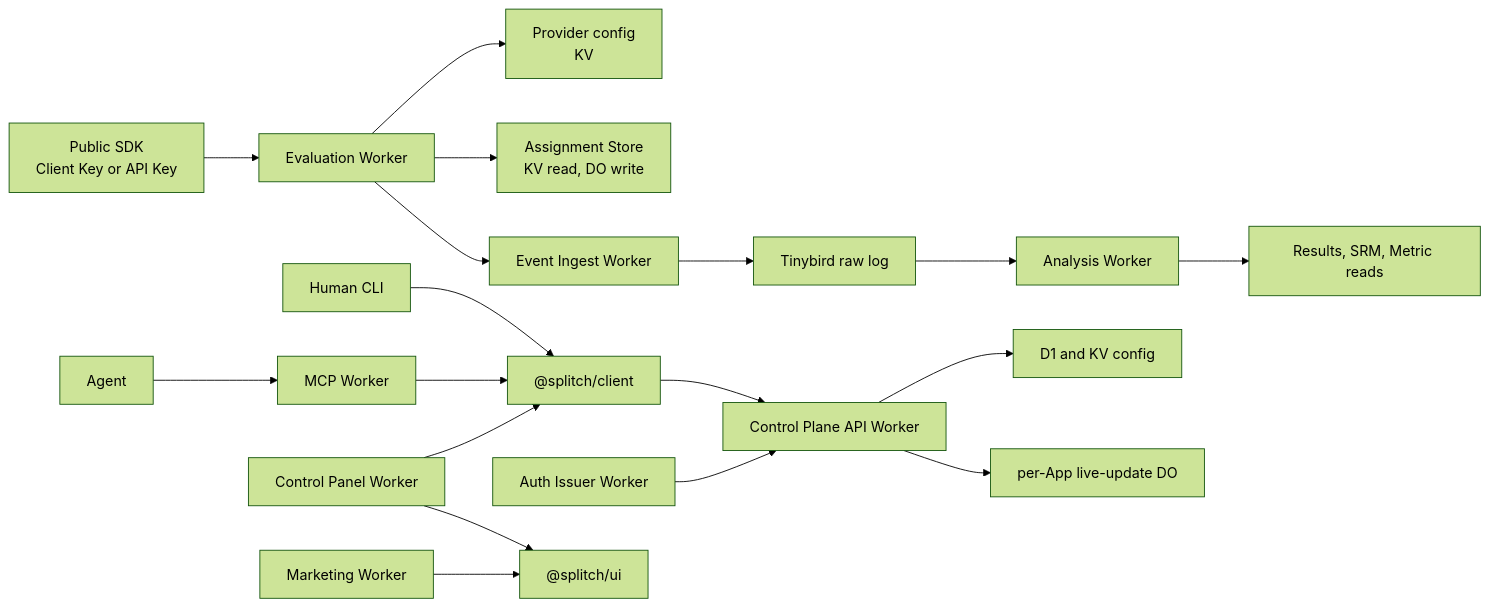
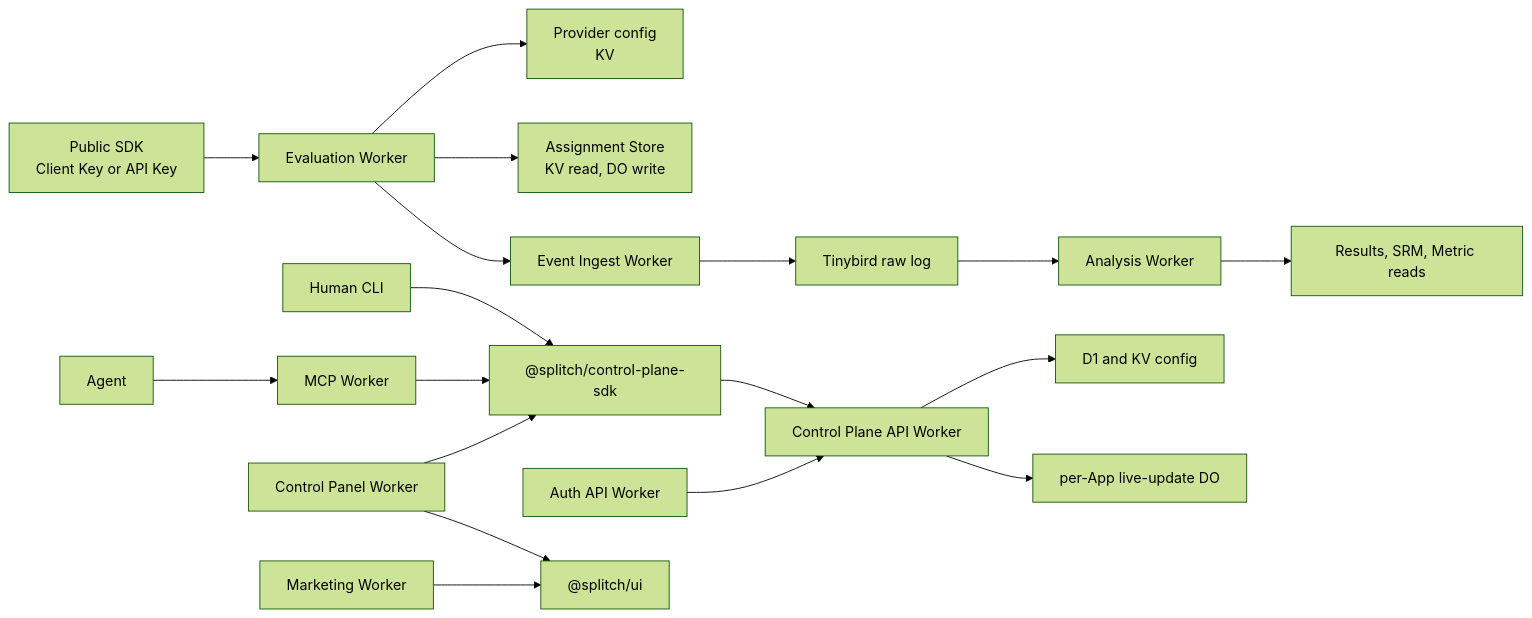
The diagram in docs/architecture/system-architecture.md (zaks-io/splitch), drawn with Mermaid (forest theme) before and after one commit. The commit also changed other lines of this file and 216 other files, not shown here.

````diff
--- a/docs/architecture/system-architecture.md
+++ b/docs/architecture/system-architecture.md
@@ -16,21 +16,21 @@
 ```mermaid
 flowchart LR
   SDK["Public SDK<br/>Client Key or API Key"] --> Eval["Evaluation Worker"]
   Eval --> Provider["Provider config<br/>KV"]
   Eval --> Store["Assignment Store<br/>KV read, DO write"]
   Eval --> Ingest["Event Ingest Worker"]
   Ingest --> Tinybird["Tinybird raw log"]
   Tinybird --> Analysis["Analysis Worker"]
   Analysis --> Results["Results, SRM, Metric reads"]
 
-  Human["Human CLI"] --> Client["@splitch/client"]
+  Human["Human CLI"] --> Client["@splitch/control-plane-sdk"]
   Agent["Agent"] --> MCP["MCP Worker"]
   MCP --> Client
   Client --> CPA["Control Plane API Worker"]
   Panel["Control Panel Worker"] --> Client
   CPA --> D1["D1 and KV config"]
   CPA --> Fanout["per-App live-update DO"]
-  Auth["Auth Issuer Worker"] --> CPA
+  Auth["Auth API Worker"] --> CPA
   Marketing["Marketing Worker"] --> UI["@splitch/ui"]
   Panel --> UI
 ```
````
